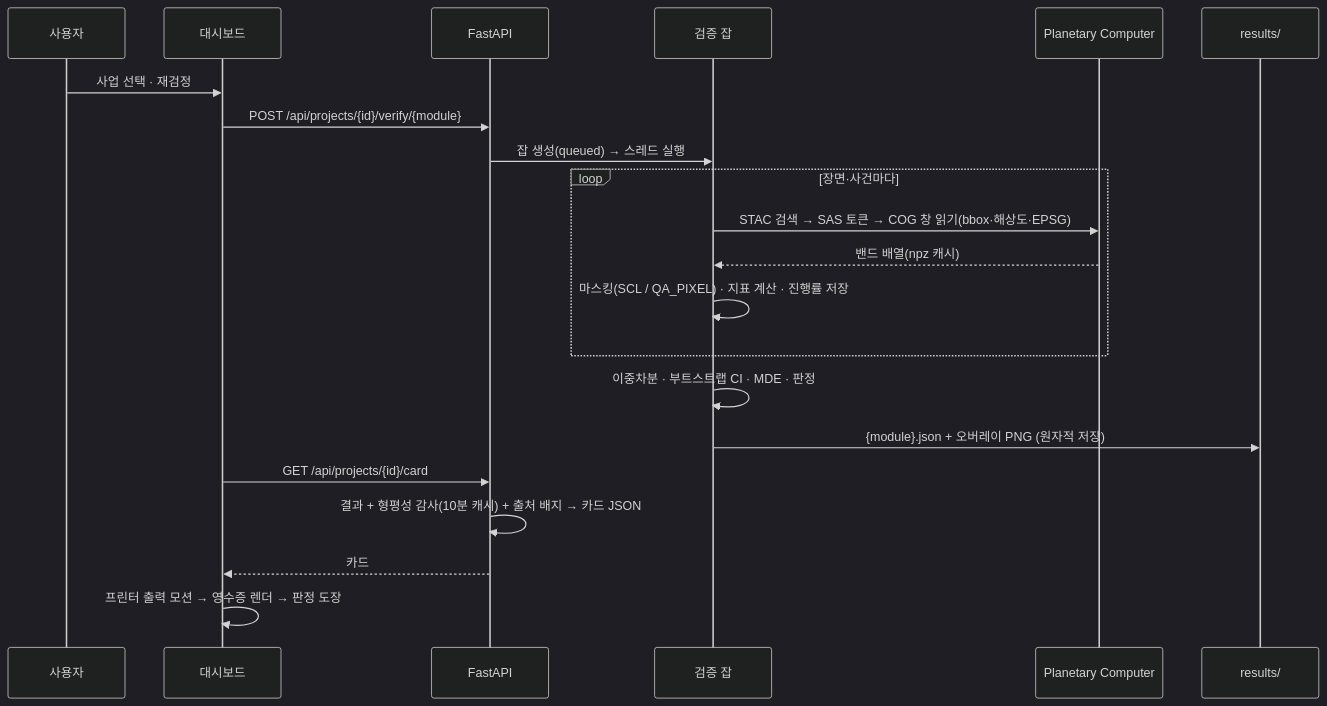
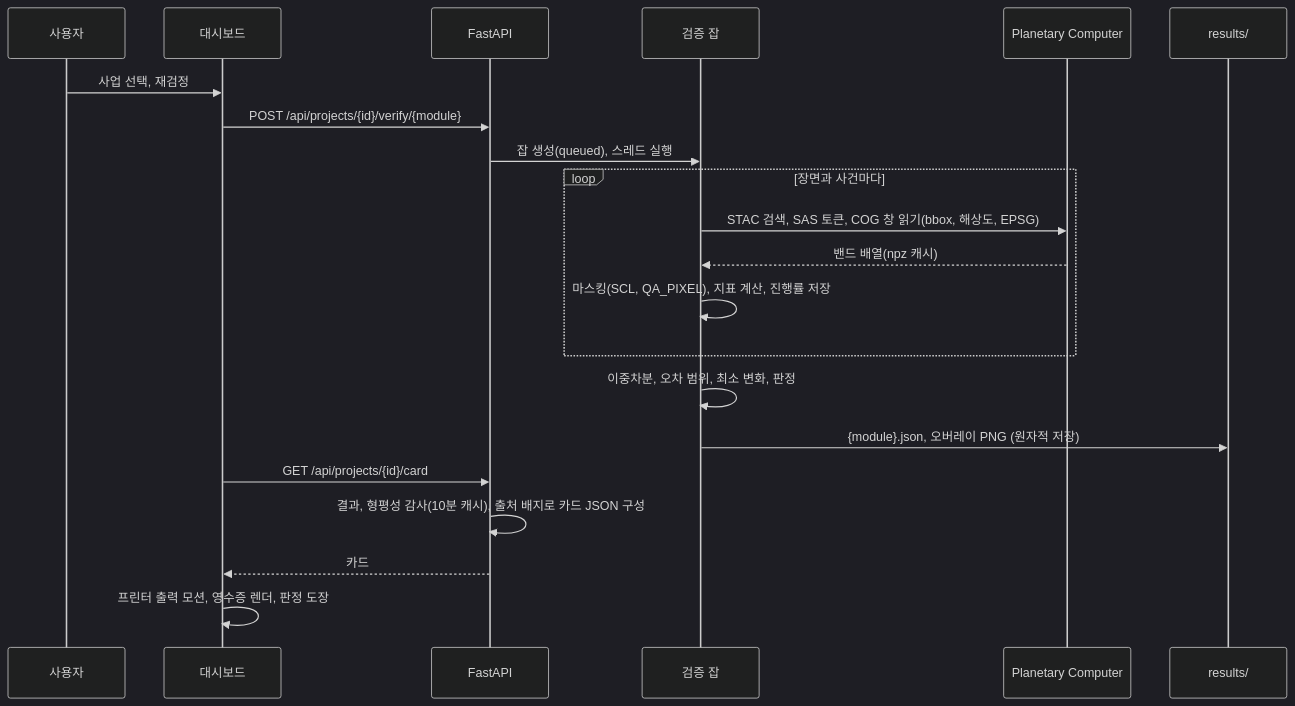
Before and after one commit to tradeprogram/Adaptation_receipt: the second of 2 diagrams in README.md, drawn with Mermaid (dark theme). The commit also changed other lines of this file and 30 other files, not shown here.

````diff
--- a/README.md
+++ b/README.md
@@ -92,24 +107,24 @@
 ```mermaid
 sequenceDiagram
   participant U as 사용자
   participant W as 대시보드
   participant A as FastAPI
   participant J as 검증 잡
   participant P as Planetary Computer
   participant R as results/
 
-  U->>W: 사업 선택 · 재검정
+  U->>W: 사업 선택, 재검정
   W->>A: POST /api/projects/{id}/verify/{module}
-  A->>J: 잡 생성(queued) → 스레드 실행
-  loop 장면·사건마다
-    J->>P: STAC 검색 → SAS 토큰 → COG 창 읽기(bbox·해상도·EPSG)
+  A->>J: 잡 생성(queued), 스레드 실행
+  loop 장면과 사건마다
+    J->>P: STAC 검색, SAS 토큰, COG 창 읽기(bbox, 해상도, EPSG)
     P-->>J: 밴드 배열(npz 캐시)
-    J->>J: 마스킹(SCL / QA_PIXEL) · 지표 계산 · 진행률 저장
+    J->>J: 마스킹(SCL, QA_PIXEL), 지표 계산, 진행률 저장
   end
-  J->>J: 이중차분 · 부트스트랩 CI · MDE · 판정
-  J->>R: {module}.json + 오버레이 PNG (원자적 저장)
+  J->>J: 이중차분, 오차 범위, 최소 변화, 판정
+  J->>R: {module}.json, 오버레이 PNG (원자적 저장)
   W->>A: GET /api/projects/{id}/card
-  A->>A: 결과 + 형평성 감사(10분 캐시) + 출처 배지 → 카드 JSON
+  A->>A: 결과, 형평성 감사(10분 캐시), 출처 배지로 카드 JSON 구성
   A-->>W: 카드
-  W->>W: 프린터 출력 모션 → 영수증 렌더 → 판정 도장
+  W->>W: 프린터 출력 모션, 영수증 렌더, 판정 도장
 ```
````
